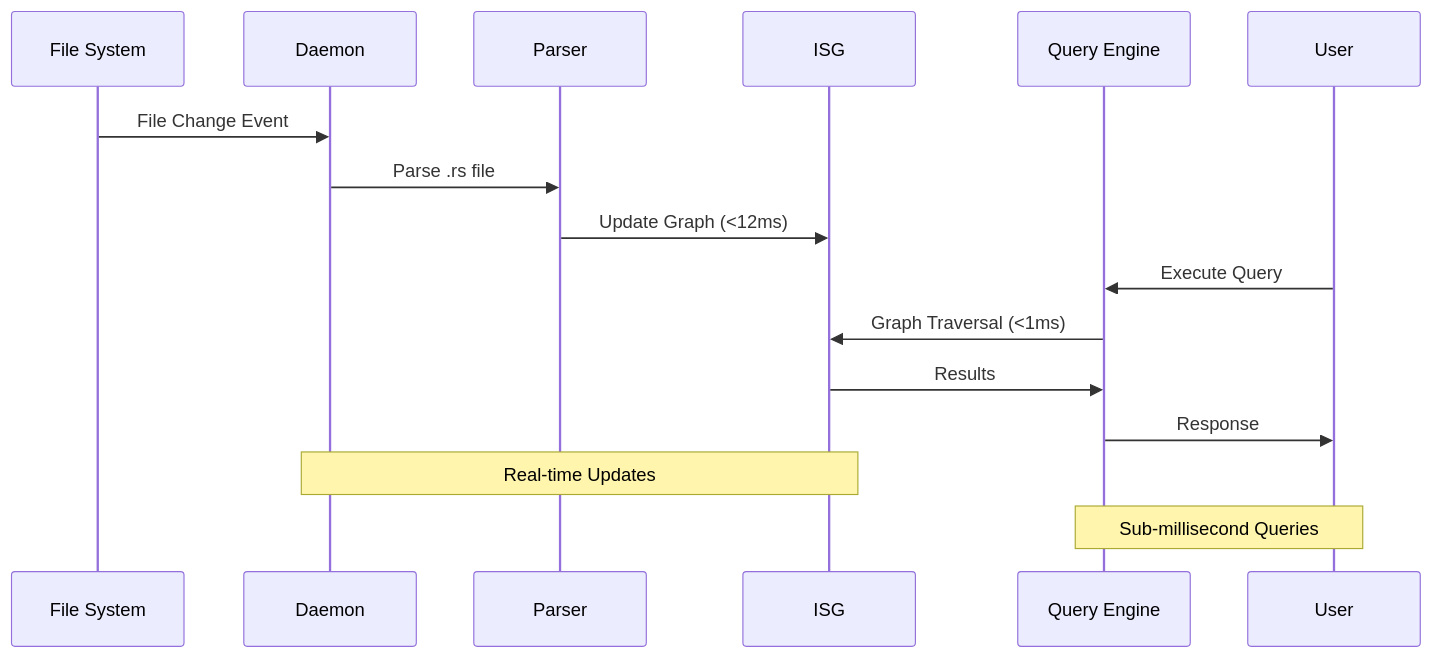
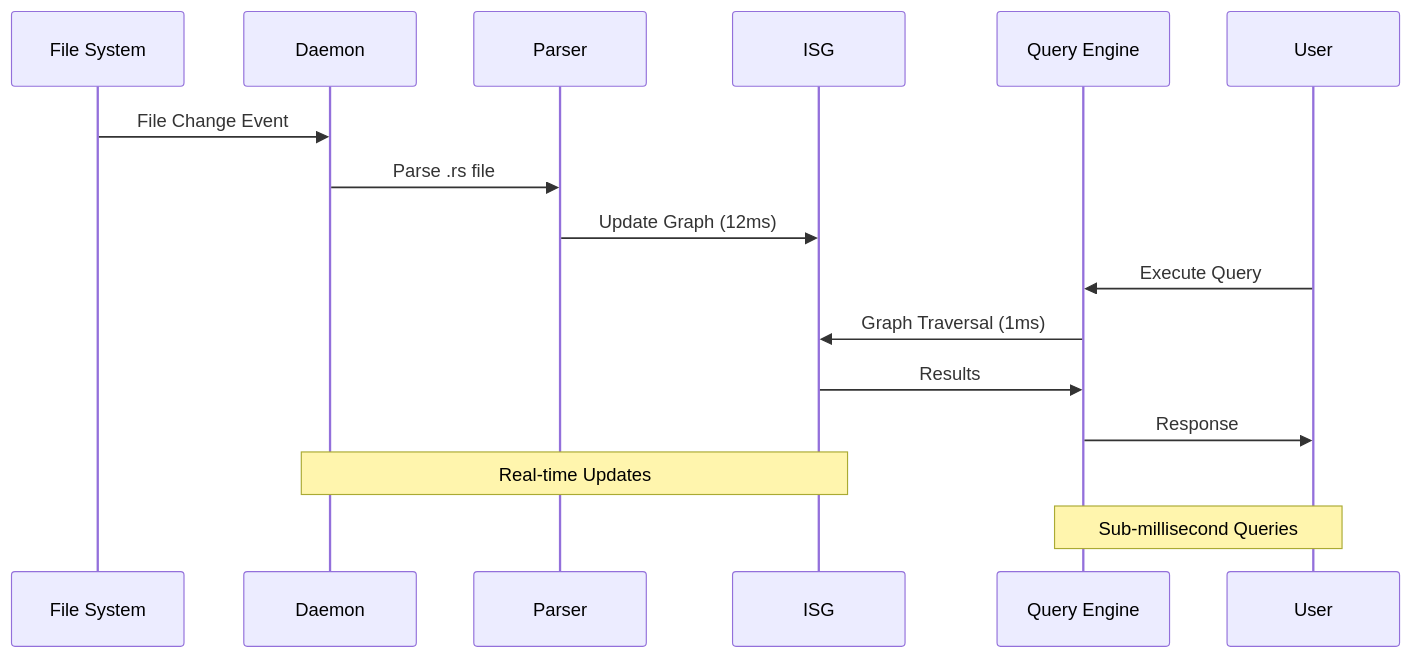
The seventh of 10 diagrams in README.md (that-in-rust/parseltongue), drawn with Mermaid before and after one commit. The commit also changed other lines of this file and 32 other files, not shown here.

````diff
--- a/README.md
+++ b/README.md
@@ -246,20 +247,20 @@
 ```mermaid
 sequenceDiagram
     participant F as File System
     participant D as Daemon
     participant P as Parser
     participant I as ISG
     participant Q as Query Engine
     participant U as User
     
     F->>D: File Change Event
     D->>P: Parse .rs file
-    P->>I: Update Graph (<12ms)
+    P->>I: Update Graph (12ms)
     U->>Q: Execute Query
-    Q->>I: Graph Traversal (<1ms)
+    Q->>I: Graph Traversal (1ms)
     I->>Q: Results
     Q->>U: Response
     
     Note over D,I: Real-time Updates
     Note over Q,U: Sub-millisecond Queries
 ```
````
